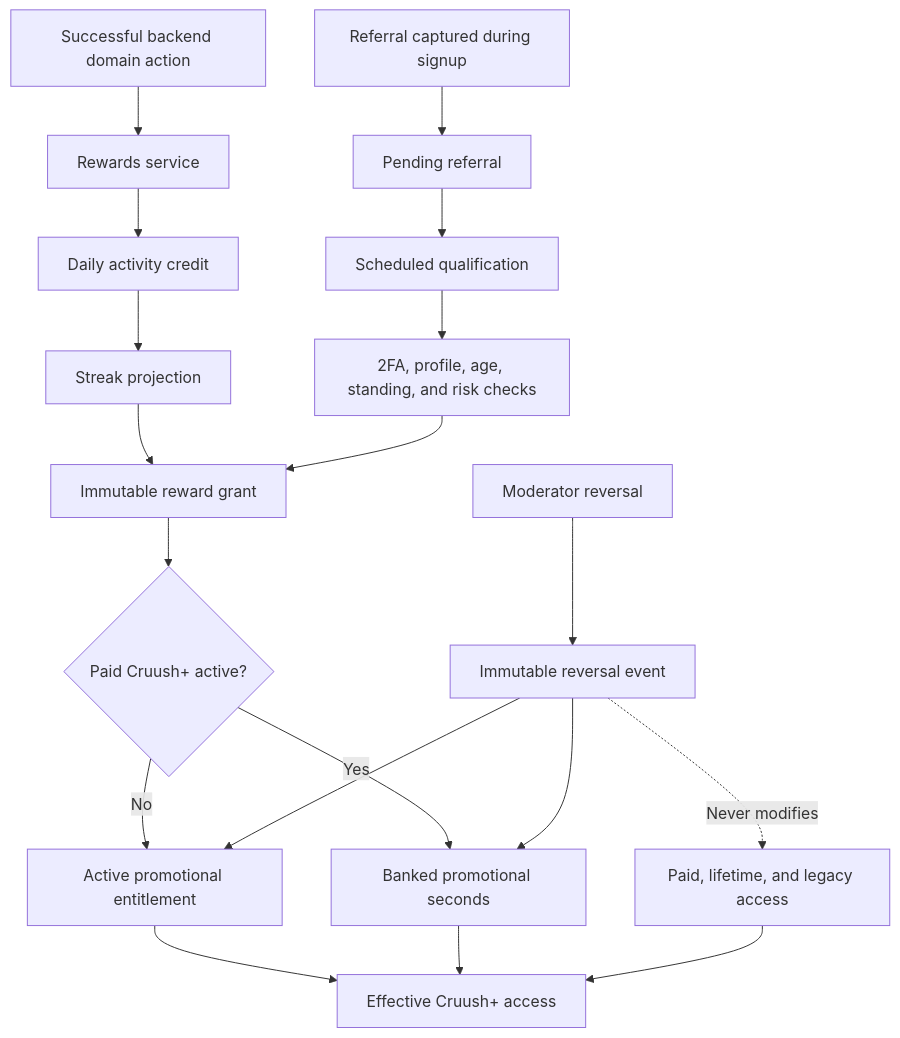
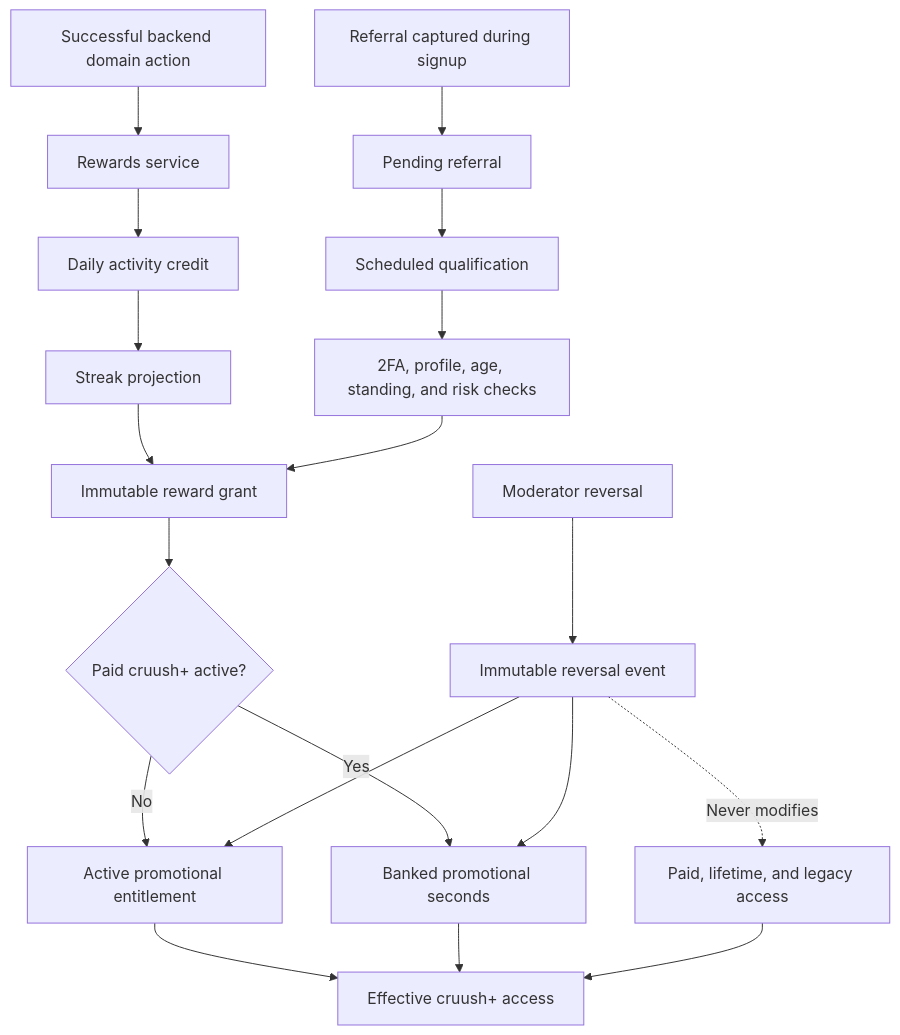
The diagram in docs/rewards-design-decisions.md (cruush-social/Cruushv2), drawn with Mermaid before and after one commit. The commit also changed other lines of this file and 25 other files, not shown here.

````diff
--- a/docs/rewards-design-decisions.md
+++ b/docs/rewards-design-decisions.md
@@ -30,24 +30,24 @@
 ```mermaid
 flowchart TD
     A["Successful backend domain action"] --> B["Rewards service"]
     B --> C["Daily activity credit"]
     C --> D["Streak projection"]
     D --> E["Immutable reward grant"]
 
     F["Referral captured during signup"] --> G["Pending referral"]
     G --> H["Scheduled qualification"]
     H --> I["2FA, profile, age, standing, and risk checks"]
     I --> E
 
-    E --> J{"Paid Cruush+ active?"}
+    E --> J{"Paid cruush+ active?"}
     J -->|No| K["Active promotional entitlement"]
     J -->|Yes| L["Banked promotional seconds"]
-    K --> M["Effective Cruush+ access"]
+    K --> M["Effective cruush+ access"]
     L --> M
     N["Paid, lifetime, and legacy access"] --> M
 
     O["Moderator reversal"] --> P["Immutable reversal event"]
     P --> K
     P --> L
     P -. "Never modifies" .-> N
 ```
````
